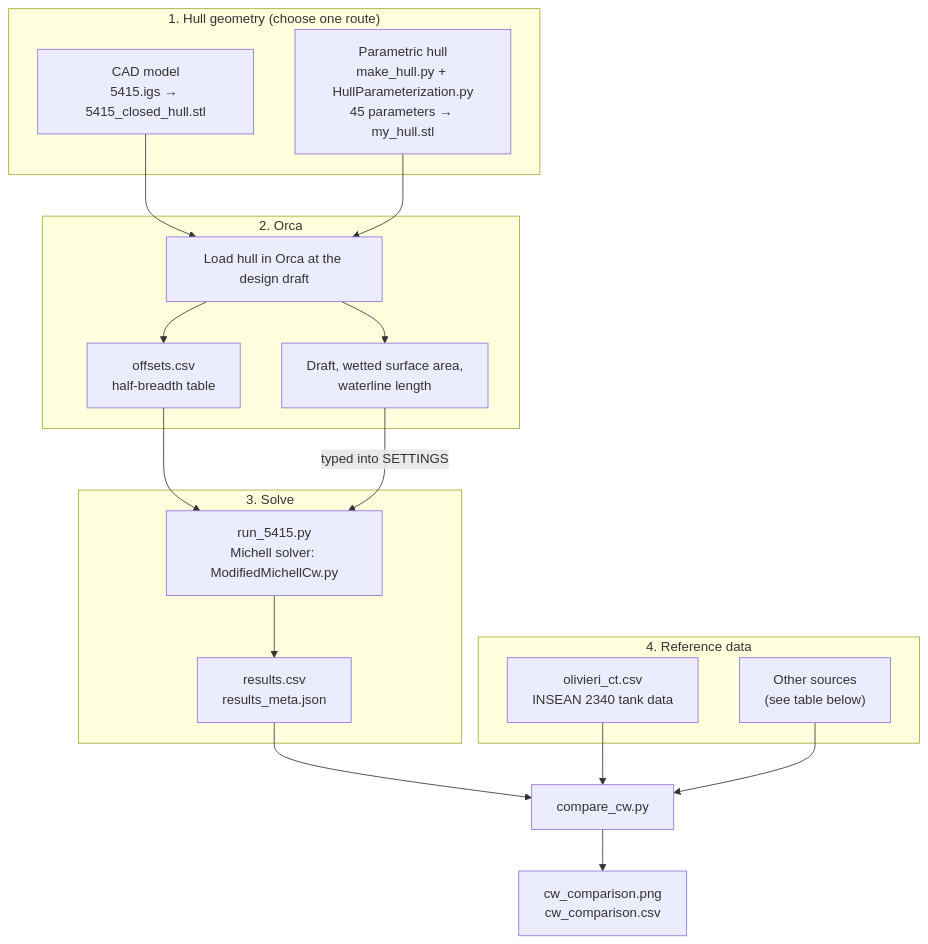
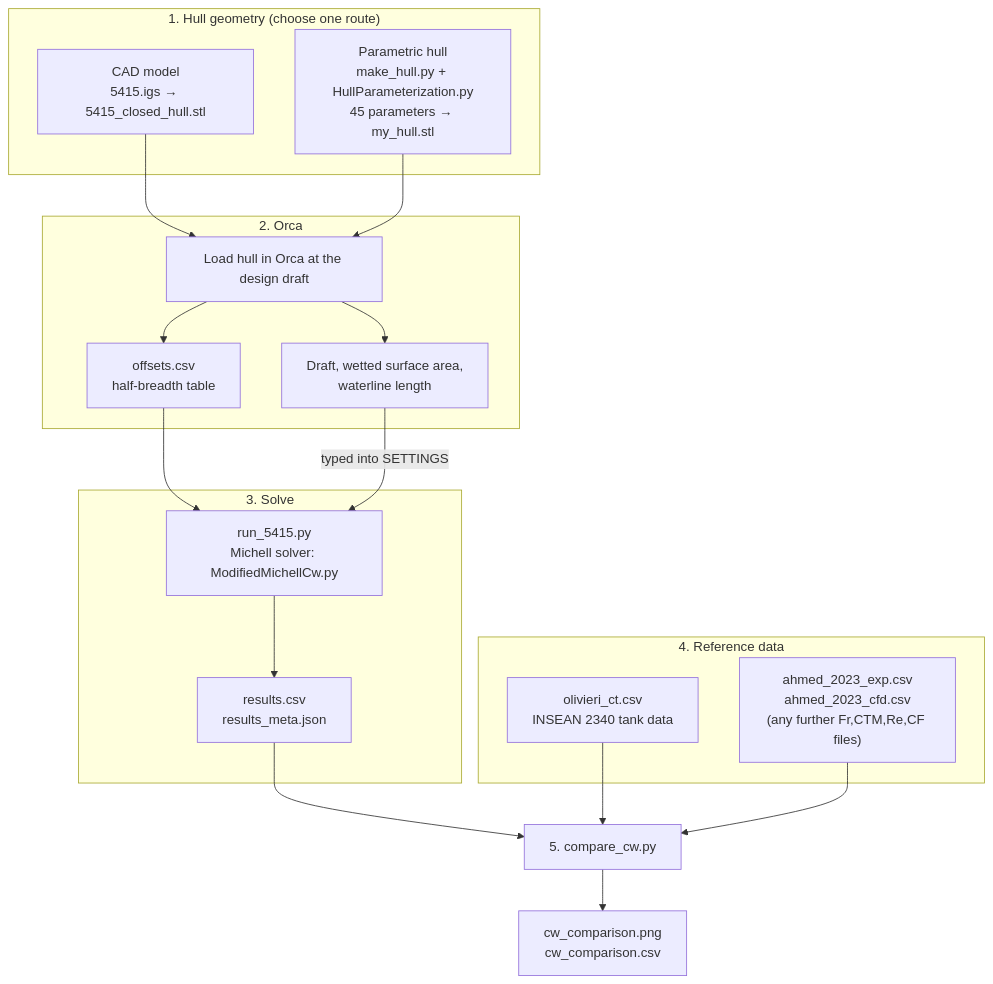
Before and after one commit to shaner06/Michell-Method-for-DTMB-5415-Hull-Types: the diagram in README.md, drawn with Mermaid. The commit also changed other lines of this file, not shown here.

````diff
--- a/README.md
+++ b/README.md
@@ -25,34 +26,34 @@
 ```mermaid
 flowchart TD
     subgraph HULL["1. Hull geometry (choose one route)"]
         CAD["CAD model<br/>5415.igs → 5415_closed_hull.stl"]
         PARAM["Parametric hull<br/>make_hull.py + HullParameterization.py<br/>45 parameters → my_hull.stl"]
     end
- 
+
     CAD --> ORCA
     PARAM --> ORCA
- 
+
     subgraph ORCAGRP["2. Orca"]
         ORCA["Load hull in Orca at the design draft"]
         ORCA --> OFF["offsets.csv<br/>half-breadth table"]
         ORCA --> NUMS["Draft, wetted surface area,<br/>waterline length"]
     end
- 
+
     OFF --> RUN
     NUMS -->|"typed into SETTINGS"| RUN
- 
+
     subgraph SOLVE["3. Solve"]
         RUN["run_5415.py<br/>Michell solver: ModifiedMichellCw.py"]
         RUN --> RES["results.csv<br/>results_meta.json"]
     end
- 
+
     subgraph REF["4. Reference data"]
         TANK["olivieri_ct.csv<br/>INSEAN 2340 tank data"]
-        OTHER["Other sources<br/>(see table below)"]
+        OTHER["ahmed_2023_exp.csv<br/>ahmed_2023_cfd.csv<br/>(any further Fr,CTM,Re,CF files)"]
     end
- 
-    RES --> CMP["compare_cw.py"]
+
+    RES --> CMP["5. compare_cw.py"]
     TANK --> CMP
     OTHER --> CMP
     CMP --> OUT["cw_comparison.png<br/>cw_comparison.csv"]
 ```
````
